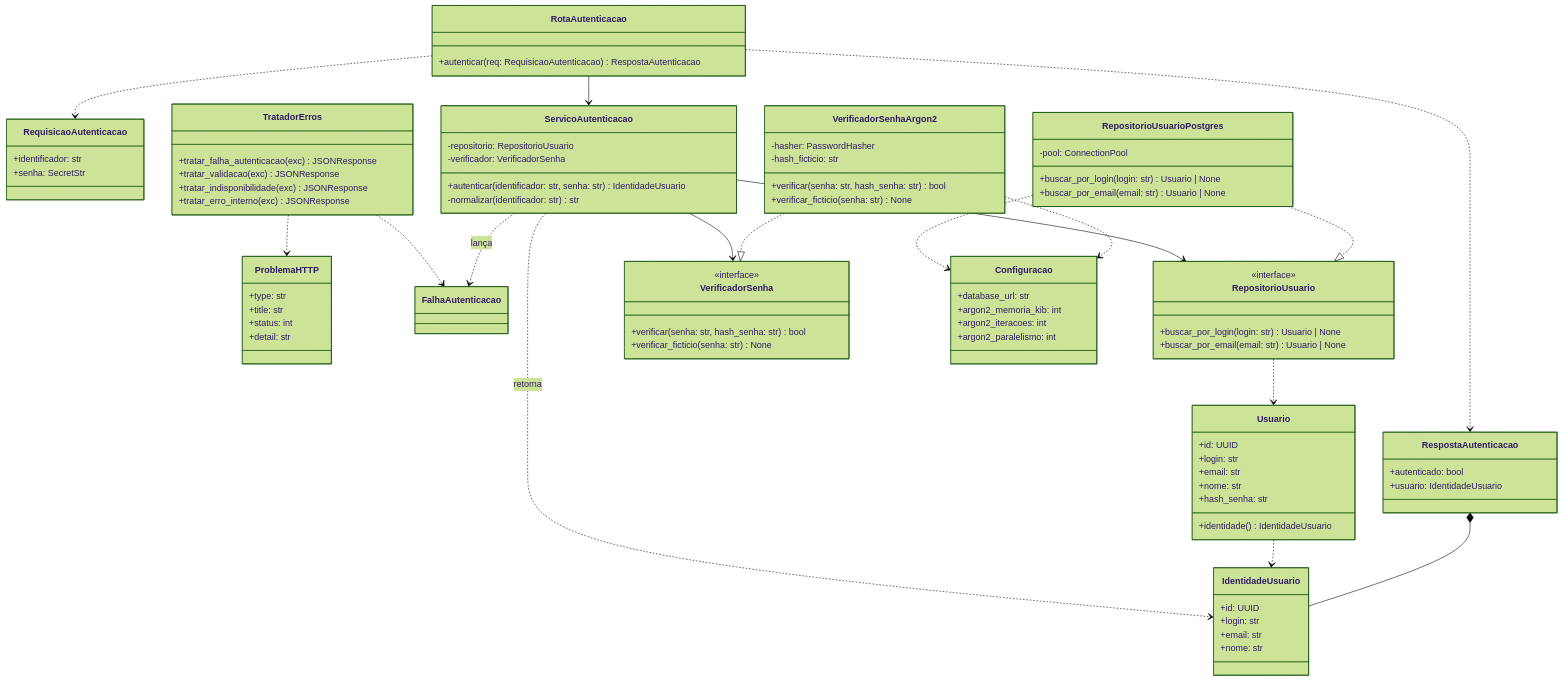
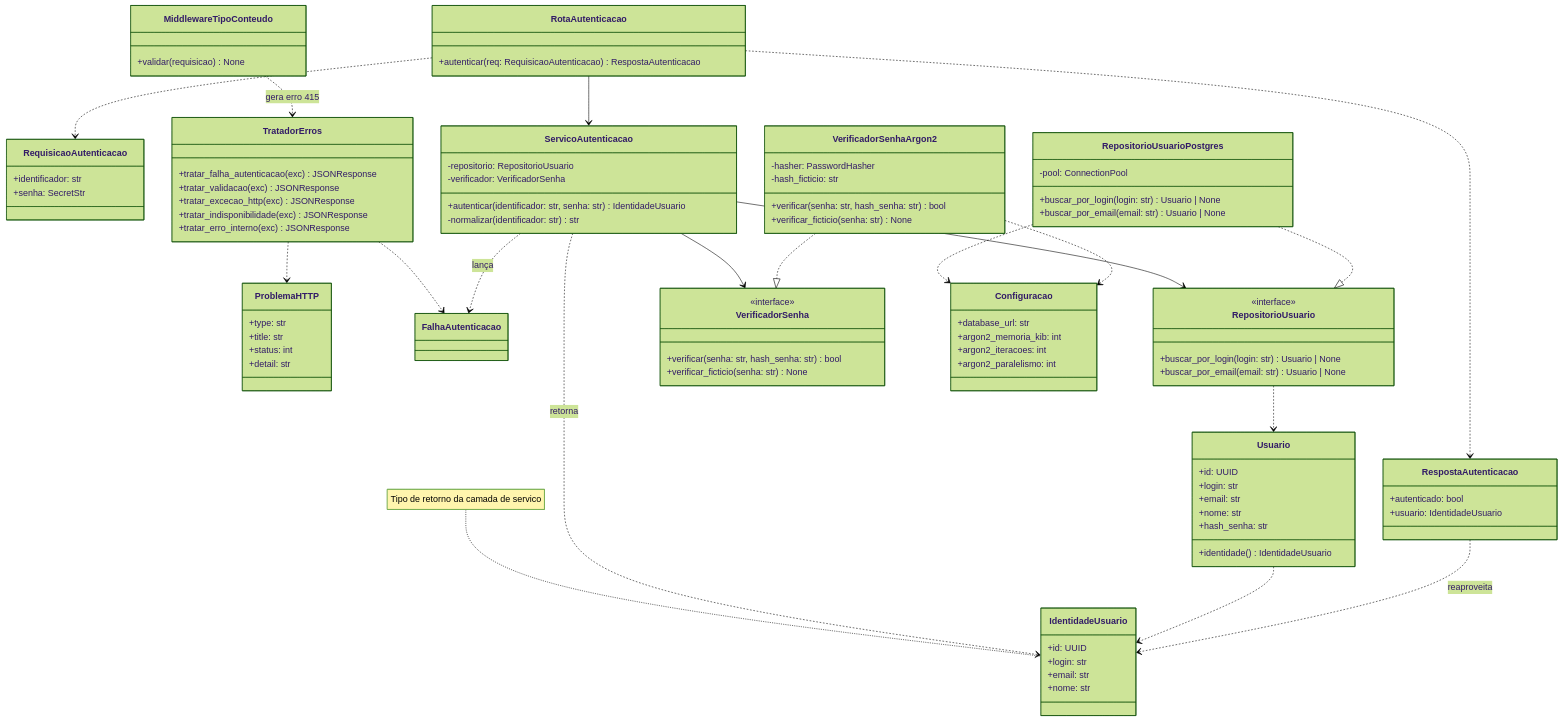
Before and after one commit to jusouzn/software-web-autenticacao-ds-2026-2: the diagram in docs/diagramas/fig04-classes.mmd, drawn with Mermaid (forest theme). The commit also changed 1 other file, not shown here.

```diff
--- a/docs/diagramas/fig04-classes.mmd
+++ b/docs/diagramas/fig04-classes.mmd
@@ -1,89 +1,95 @@
 classDiagram
   direction TB
   class RequisicaoAutenticacao {
     +identificador: str
     +senha: SecretStr
   }
   class RespostaAutenticacao {
     +autenticado: bool
     +usuario: IdentidadeUsuario
   }
   class ProblemaHTTP {
     +type: str
     +title: str
     +status: int
     +detail: str
   }
   class RotaAutenticacao {
     +autenticar(req: RequisicaoAutenticacao) RespostaAutenticacao
   }
   class TratadorErros {
     +tratar_falha_autenticacao(exc) JSONResponse
     +tratar_validacao(exc) JSONResponse
+    +tratar_excecao_http(exc) JSONResponse
     +tratar_indisponibilidade(exc) JSONResponse
     +tratar_erro_interno(exc) JSONResponse
+  }
+  class MiddlewareTipoConteudo {
+    +validar(requisicao) None
   }
   class ServicoAutenticacao {
     -repositorio: RepositorioUsuario
     -verificador: VerificadorSenha
     +autenticar(identificador: str, senha: str) IdentidadeUsuario
     -normalizar(identificador: str) str
   }
   class Usuario {
     +id: UUID
     +login: str
     +email: str
     +nome: str
     +hash_senha: str
     +identidade() IdentidadeUsuario
   }
   class IdentidadeUsuario {
     +id: UUID
     +login: str
     +email: str
     +nome: str
   }
+  note for IdentidadeUsuario "Tipo de retorno da camada de servico"
   class FalhaAutenticacao
   class RepositorioUsuario {
     <<interface>>
     +buscar_por_login(login: str) Usuario | None
     +buscar_por_email(email: str) Usuario | None
   }
   class VerificadorSenha {
     <<interface>>
     +verificar(senha: str, hash_senha: str) bool
     +verificar_ficticio(senha: str) None
   }
   class RepositorioUsuarioPostgres {
     -pool: ConnectionPool
     +buscar_por_login(login: str) Usuario | None
     +buscar_por_email(email: str) Usuario | None
   }
   class VerificadorSenhaArgon2 {
     -hasher: PasswordHasher
     -hash_ficticio: str
     +verificar(senha: str, hash_senha: str) bool
     +verificar_ficticio(senha: str) None
   }
   class Configuracao {
     +database_url: str
     +argon2_memoria_kib: int
     +argon2_iteracoes: int
     +argon2_paralelismo: int
   }
   RotaAutenticacao ..> RequisicaoAutenticacao
   RotaAutenticacao ..> RespostaAutenticacao
   RotaAutenticacao --> ServicoAutenticacao
   TratadorErros ..> ProblemaHTTP
   TratadorErros ..> FalhaAutenticacao
+  MiddlewareTipoConteudo ..> TratadorErros : gera erro 415
   ServicoAutenticacao --> RepositorioUsuario
   ServicoAutenticacao --> VerificadorSenha
   ServicoAutenticacao ..> FalhaAutenticacao : lança
   ServicoAutenticacao ..> IdentidadeUsuario : retorna
   RepositorioUsuario ..> Usuario
   Usuario ..> IdentidadeUsuario
   RepositorioUsuarioPostgres ..|> RepositorioUsuario
   VerificadorSenhaArgon2 ..|> VerificadorSenha
   RepositorioUsuarioPostgres ..> Configuracao
   VerificadorSenhaArgon2 ..> Configuracao
-  RespostaAutenticacao *-- IdentidadeUsuario
+  RespostaAutenticacao ..> IdentidadeUsuario : reaproveita
```
